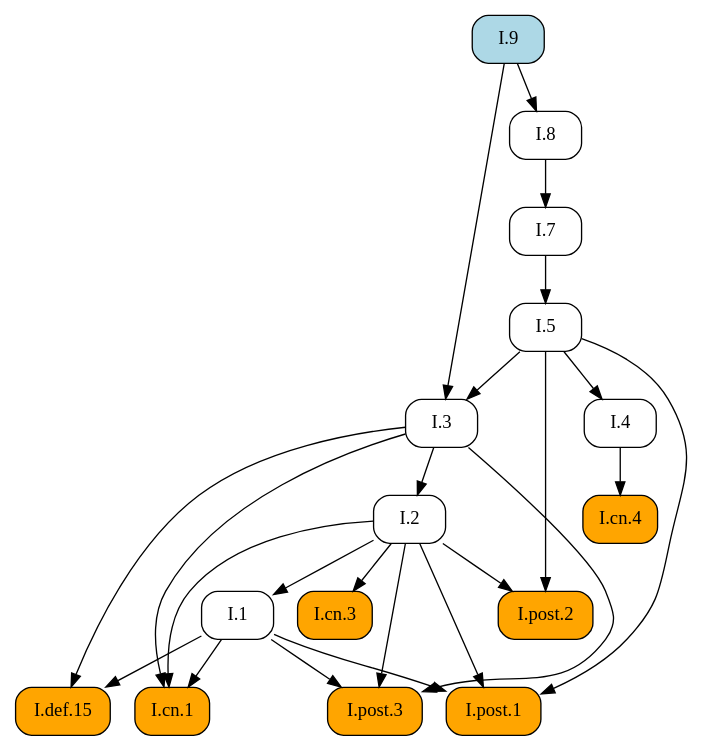
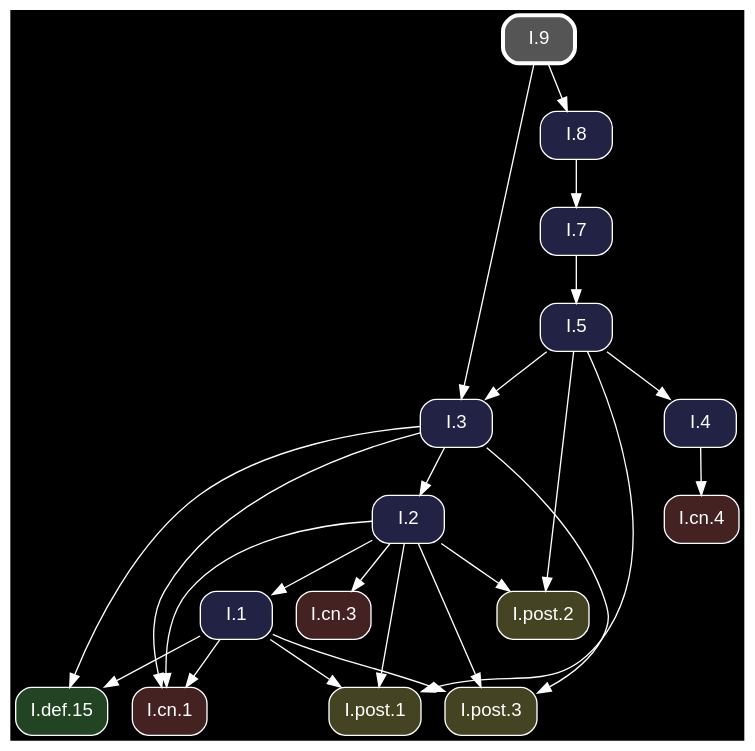
Before and after one commit to geometor/elements: the diagram in docsrc/heath/I/9/index.rst, drawn with Graphviz. The commit also changed other lines of this file and 1200 other files, not shown here.

Commit message:
update dependency graphs

```diff
--- a/docsrc/heath/I/9/index.rst
+++ b/docsrc/heath/I/9/index.rst
@@ -44,44 +44,46 @@
 .. graphviz::
 
    digraph {
+     bgcolor="black";
+     node [shape=box, style="rounded,filled", fontname="Helvetica", color="white", fontcolor="white"];
+     edge [color="white", fontcolor="white"];
      rankdir="TB";
-     node [shape=box, style=rounded];
-     "I.cn.1" [style="rounded,filled", fillcolor=orange, URL="/heath/I/cn.1/", target="_top"];
-     "I.9" [style="rounded,filled", fillcolor=lightblue, URL="/heath/I/9/", target="_top"];
-     "I.7" [URL="/heath/I/7/", target="_top"];
-     "I.2" [URL="/heath/I/2/", target="_top"];
-     "I.def.15" [style="rounded,filled", fillcolor=orange, URL="/heath/I/def.15/", target="_top"];
-     "I.4" [URL="/heath/I/4/", target="_top"];
-     "I.cn.4" [style="rounded,filled", fillcolor=orange, URL="/heath/I/cn.4/", target="_top"];
-     "I.1" [URL="/heath/I/1/", target="_top"];
-     "I.post.3" [style="rounded,filled", fillcolor=orange, URL="/heath/I/post.3/", target="_top"];
-     "I.post.1" [style="rounded,filled", fillcolor=orange, URL="/heath/I/post.1/", target="_top"];
-     "I.8" [URL="/heath/I/8/", target="_top"];
-     "I.post.2" [style="rounded,filled", fillcolor=orange, URL="/heath/I/post.2/", target="_top"];
-     "I.5" [URL="/heath/I/5/", target="_top"];
-     "I.cn.3" [style="rounded,filled", fillcolor=orange, URL="/heath/I/cn.3/", target="_top"];
-     "I.3" [URL="/heath/I/3/", target="_top"];
+     "I.9" [penwidth=3, color="white", fillcolor="#555555", URL="/heath/I/9/", target="_top"];
+     "I.1" [fillcolor="#222244", URL="/heath/I/1/", target="_top"];
+     "I.post.2" [fillcolor="#444422", URL="/heath/I/post.2/", target="_top"];
+     "I.3" [fillcolor="#222244", URL="/heath/I/3/", target="_top"];
+     "I.post.1" [fillcolor="#444422", URL="/heath/I/post.1/", target="_top"];
+     "I.cn.1" [fillcolor="#442222", URL="/heath/I/cn.1/", target="_top"];
+     "I.8" [fillcolor="#222244", URL="/heath/I/8/", target="_top"];
+     "I.post.3" [fillcolor="#444422", URL="/heath/I/post.3/", target="_top"];
+     "I.4" [fillcolor="#222244", URL="/heath/I/4/", target="_top"];
+     "I.cn.3" [fillcolor="#442222", URL="/heath/I/cn.3/", target="_top"];
+     "I.7" [fillcolor="#222244", URL="/heath/I/7/", target="_top"];
+     "I.def.15" [fillcolor="#224422", URL="/heath/I/def.15/", target="_top"];
+     "I.2" [fillcolor="#222244", URL="/heath/I/2/", target="_top"];
+     "I.5" [fillcolor="#222244", URL="/heath/I/5/", target="_top"];
+     "I.cn.4" [fillcolor="#442222", URL="/heath/I/cn.4/", target="_top"];
+     "I.2" -> "I.1";
+     "I.2" -> "I.post.2";
+     "I.5" -> "I.post.2";
+     "I.5" -> "I.3";
+     "I.9" -> "I.3";
+     "I.1" -> "I.post.1";
+     "I.2" -> "I.post.1";
+     "I.5" -> "I.post.1";
      "I.1" -> "I.cn.1";
      "I.2" -> "I.cn.1";
      "I.3" -> "I.cn.1";
-     "I.8" -> "I.7";
-     "I.3" -> "I.2";
-     "I.1" -> "I.def.15";
-     "I.3" -> "I.def.15";
-     "I.5" -> "I.4";
-     "I.4" -> "I.cn.4";
-     "I.2" -> "I.1";
+     "I.9" -> "I.8";
      "I.1" -> "I.post.3";
      "I.2" -> "I.post.3";
      "I.3" -> "I.post.3";
-     "I.1" -> "I.post.1";
-     "I.2" -> "I.post.1";
-     "I.5" -> "I.post.1";
-     "I.9" -> "I.8";
-     "I.2" -> "I.post.2";
-     "I.5" -> "I.post.2";
+     "I.5" -> "I.4";
+     "I.2" -> "I.cn.3";
+     "I.8" -> "I.7";
+     "I.1" -> "I.def.15";
+     "I.3" -> "I.def.15";
+     "I.3" -> "I.2";
      "I.7" -> "I.5";
-     "I.2" -> "I.cn.3";
-     "I.5" -> "I.3";
-     "I.9" -> "I.3";
+     "I.4" -> "I.cn.4";
    }
```
